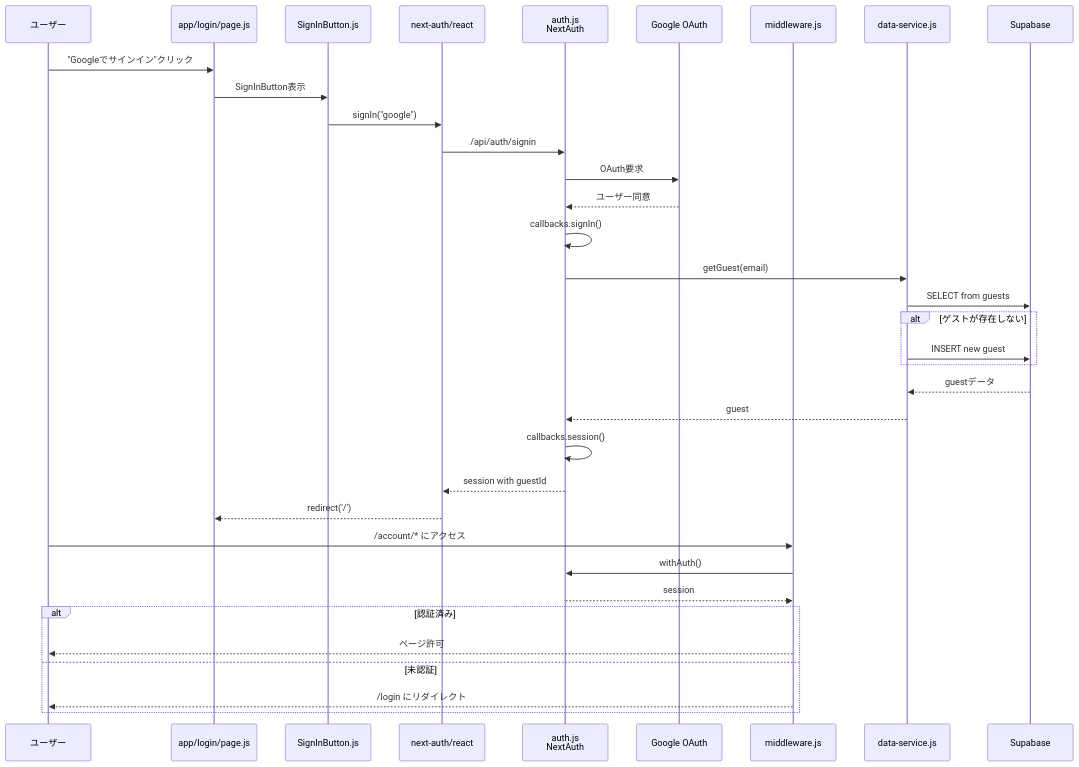
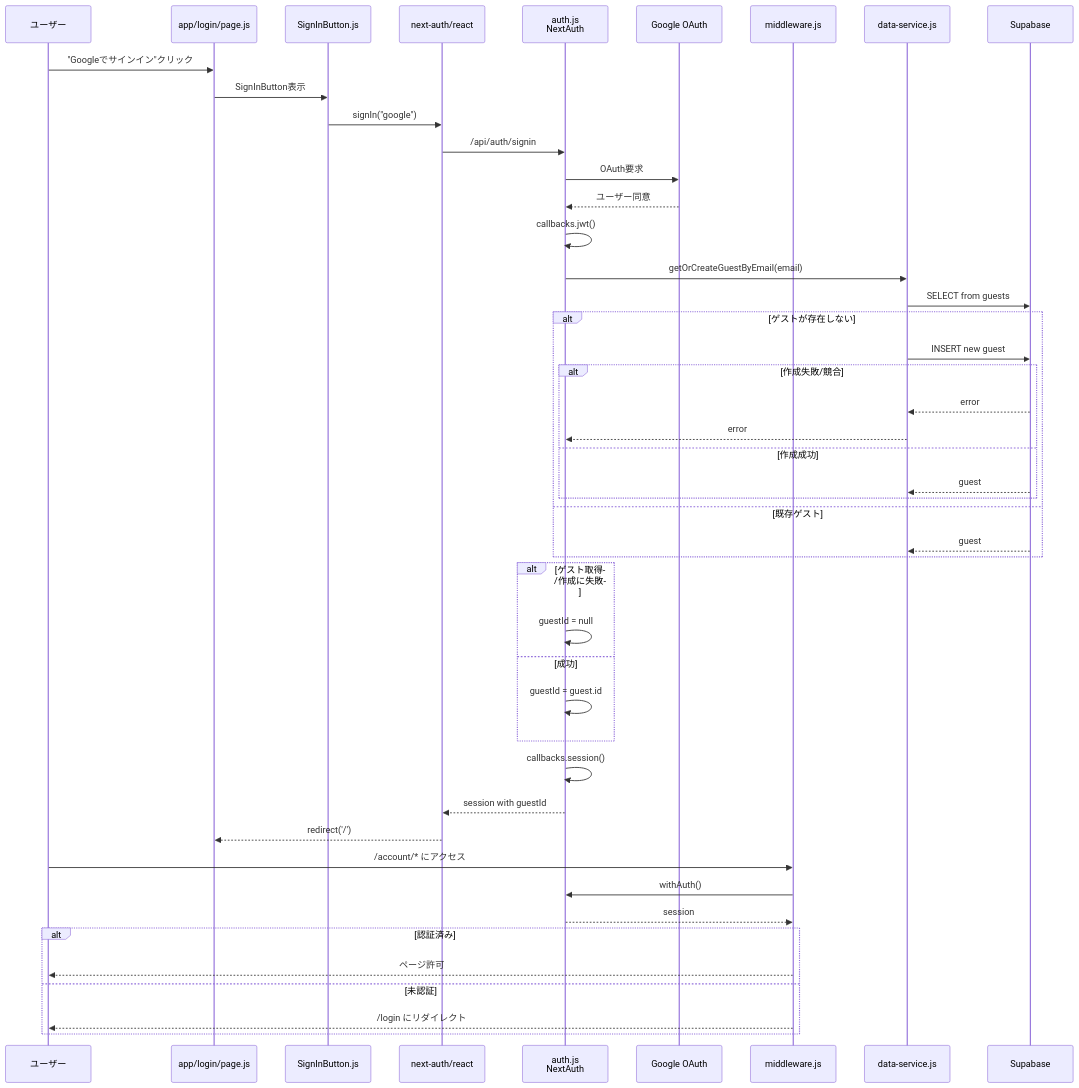
Before and after one commit to myoshi2891/MasterModernReact_NextJs: the fifth of 5 diagrams in README.md, drawn with Mermaid. The commit also changed other lines of this file and 4 other files, not shown here.

Commit message:
docs: refresh setup and architecture notes

````diff
--- a/README.md
+++ b/README.md
@@ -410,39 +431,50 @@
 ```mermaid
 sequenceDiagram
     participant U as ユーザー
     participant LP as app/login/page.js
     participant UI as SignInButton.js
     participant NA as next-auth/react
     participant Auth as auth.js<br/>NextAuth
     participant Google as Google OAuth
     participant MW as middleware.js
     participant DS as data-service.js
     participant SB as Supabase
     
     U->>LP: "Googleでサインイン"クリック
     LP->>UI: SignInButton表示
     UI->>NA: signIn("google")
     NA->>Auth: /api/auth/signin
     Auth->>Google: OAuth要求
     Google-->>Auth: ユーザー同意
-    Auth->>Auth: callbacks.signIn()
-    Auth->>DS: getGuest(email)
+    Auth->>Auth: callbacks.jwt()
+    Auth->>DS: getOrCreateGuestByEmail(email)
     DS->>SB: SELECT from guests
     alt ゲストが存在しない
         DS->>SB: INSERT new guest
+        alt 作成失敗/競合
+            SB-->>DS: error
+            DS-->>Auth: error
+        else 作成成功
+            SB-->>DS: guest
+        end
+    else 既存ゲスト
+        SB-->>DS: guest
     end
-    SB-->>DS: guestデータ
-    DS-->>Auth: guest
+    alt ゲスト取得/作成に失敗
+        Auth->>Auth: guestId = null
+    else 成功
+        Auth->>Auth: guestId = guest.id
+    end
     Auth->>Auth: callbacks.session()
     Auth-->>NA: session with guestId
     NA-->>LP: redirect('/')
     
     U->>MW: /account/* にアクセス
     MW->>Auth: withAuth()
     Auth-->>MW: session
     alt 認証済み
         MW-->>U: ページ許可
     else 未認証
         MW-->>U: /login にリダイレクト
     end
 ```
````
